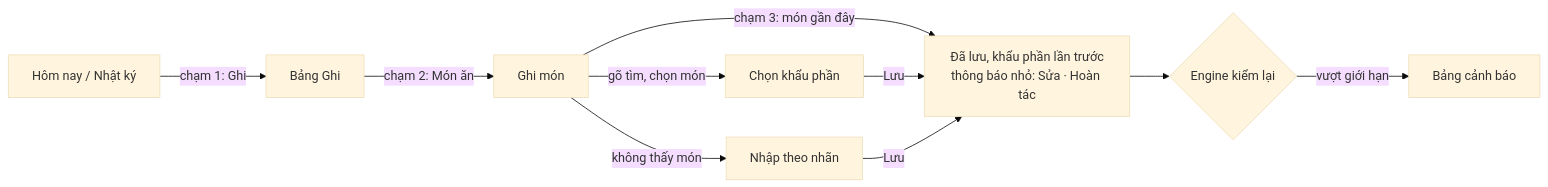
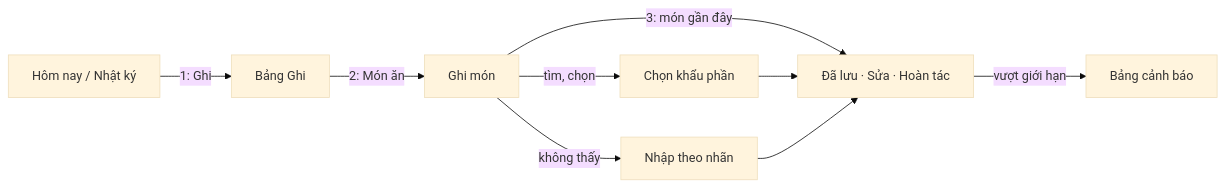
The third of 5 diagrams in docs/design/mvp-overview.md (anhdt9/wholewell-app), drawn with Mermaid (base theme) before and after one commit. The commit also changed other lines of this file and 2 other files, not shown here.

````diff
--- a/docs/design/mvp-overview.md
+++ b/docs/design/mvp-overview.md
@@ -121,10 +103,8 @@
 ```mermaid
 flowchart LR
-  H[Hôm nay / Nhật ký] -->|chạm 1: Ghi| G[Bảng Ghi]
-  G -->|chạm 2: Món ăn| M[Ghi món]
-  M -->|chạm 3: món gần đây| S[Đã lưu, khẩu phần lần trước<br/>thông báo nhỏ: Sửa · Hoàn tác]
-  M -->|gõ tìm, chọn món| KP[Chọn khẩu phần] -->|Lưu| S
-  M -->|không thấy món| TN[Nhập theo nhãn] -->|Lưu| S
-  S --> U{Engine kiểm lại}
-  U -->|vượt giới hạn| CW[Bảng cảnh báo]
+  H[Hôm nay / Nhật ký] -->|1: Ghi| G[Bảng Ghi] -->|2: Món ăn| M[Ghi món]
+  M -->|3: món gần đây| S[Đã lưu · Sửa · Hoàn tác]
+  M -->|tìm, chọn| KP[Chọn khẩu phần] --> S
+  M -->|không thấy| NL[Nhập theo nhãn] --> S
+  S -->|vượt giới hạn| CW[Bảng cảnh báo]
 ```
````
